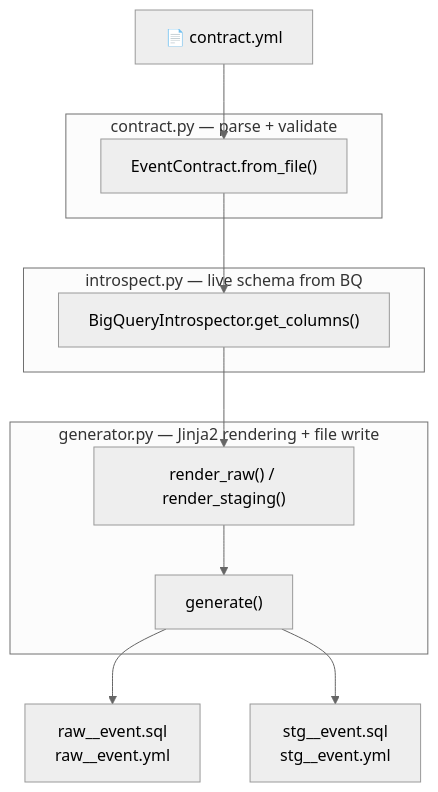
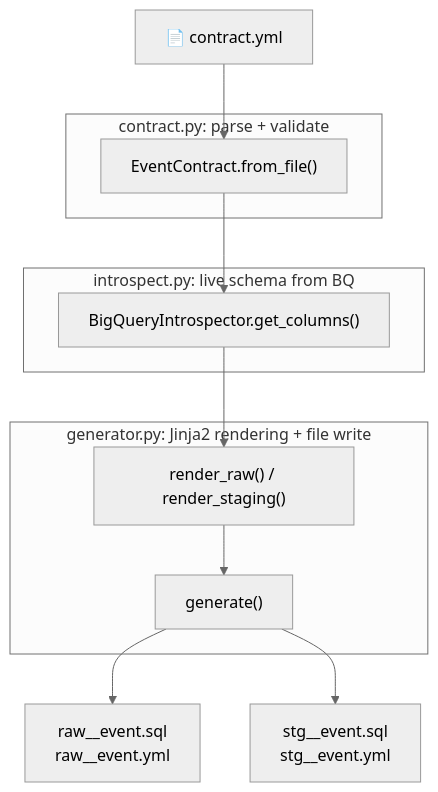
Before and after one commit to wraith-proxy/wraith-modelgen: the first of 3 diagrams in docs/architecture.md, drawn with Mermaid (neutral theme). The commit also changed other lines of this file and 7 other files, not shown here.

````diff
--- a/docs/architecture.md
+++ b/docs/architecture.md
@@ -9,20 +9,20 @@
 ```mermaid
 flowchart TD
     A["📄 contract.yml"] --> B["EventContract.from_file()"]
     B --> C["BigQueryIntrospector.get_columns()"]
     C --> D["render_raw() / render_staging()"]
     D --> E["generate()"]
     E --> F["raw__event.sql\nraw__event.yml"]
     E --> G["stg__event.sql\nstg__event.yml"]
 
-    subgraph contract.py ["contract.py — parse + validate"]
+    subgraph contract.py ["contract.py: parse + validate"]
         B
     end
-    subgraph introspect.py ["introspect.py — live schema from BQ"]
+    subgraph introspect.py ["introspect.py: live schema from BQ"]
         C
     end
-    subgraph generator.py ["generator.py — Jinja2 rendering + file write"]
+    subgraph generator.py ["generator.py: Jinja2 rendering + file write"]
         D
         E
     end
 ```
````
